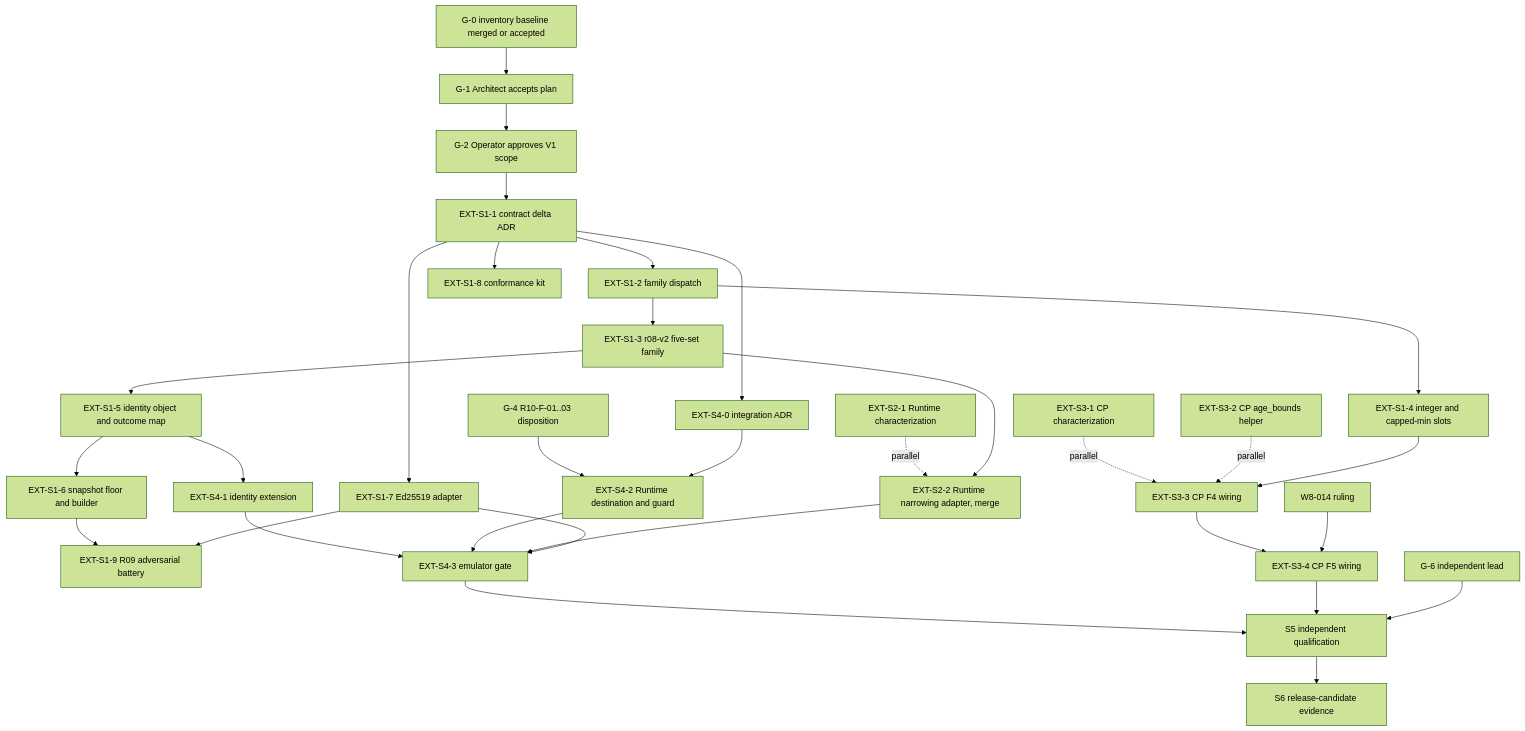
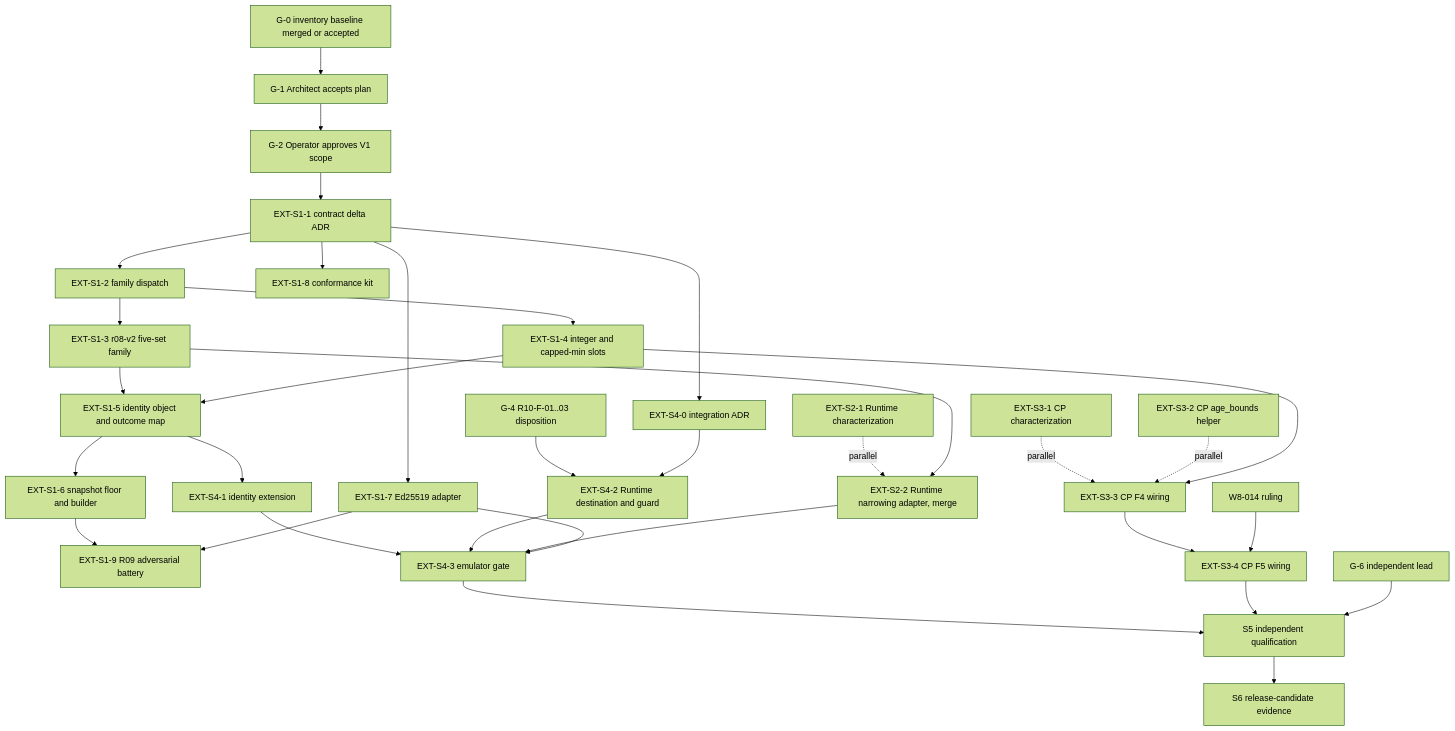
One commit to cogno-us/cognous-ocs-registry changed the diagram in docs/p1-extraction-plan/05-contract-and-integration-dependency-graph.md. Above: the diagram before and after it, drawn with Mermaid (forest theme). The commit also changed other lines of this file and 9 other files, not shown here.

````diff
--- a/docs/p1-extraction-plan/05-contract-and-integration-dependency-graph.md
+++ b/docs/p1-extraction-plan/05-contract-and-integration-dependency-graph.md
@@ -7,34 +7,35 @@
 ```mermaid
 flowchart TD
   G0[G-0 inventory baseline merged or accepted] --> G1[G-1 Architect accepts plan]
   G1 --> G2[G-2 Operator approves V1 scope]
   G2 --> S11[EXT-S1-1 contract delta ADR]
   S11 --> S12[EXT-S1-2 family dispatch]
   S12 --> S13[EXT-S1-3 r08-v2 five-set family]
   S12 --> S14[EXT-S1-4 integer and capped-min slots]
   S13 --> S15[EXT-S1-5 identity object and outcome map]
+  S14 --> S15
   S15 --> S16[EXT-S1-6 snapshot floor and builder]
   S11 --> S17[EXT-S1-7 Ed25519 adapter]
   S11 --> S18[EXT-S1-8 conformance kit]
   S16 --> S19[EXT-S1-9 R09 adversarial battery]
   S17 --> S19
   S2a[EXT-S2-1 Runtime characterization] -.parallel.-> S2b
   S13 --> S2b[EXT-S2-2 Runtime narrowing adapter, merge]
   S3a[EXT-S3-1 CP characterization] -.parallel.-> S3c
   S3b[EXT-S3-2 CP age_bounds helper] -.parallel.-> S3c
   S14 --> S3c[EXT-S3-3 CP F4 wiring]
   S3c --> S3d[EXT-S3-4 CP F5 wiring]
   W8[W8-014 ruling] --> S3d
   S11 --> S40[EXT-S4-0 integration ADR]
   G4[G-4 R10-F-01..03 disposition] --> S42[EXT-S4-2 Runtime destination and guard]
   S40 --> S42
   S15 --> S41[EXT-S4-1 identity extension]
   S41 --> S43[EXT-S4-3 emulator gate]
   S42 --> S43
   S2b --> S43
   S17 --> S43
   S43 --> S5[S5 independent qualification]
   S3d --> S5
   G6[G-6 independent lead] --> S5
   S5 --> S6[S6 release-candidate evidence]
 ```
````
